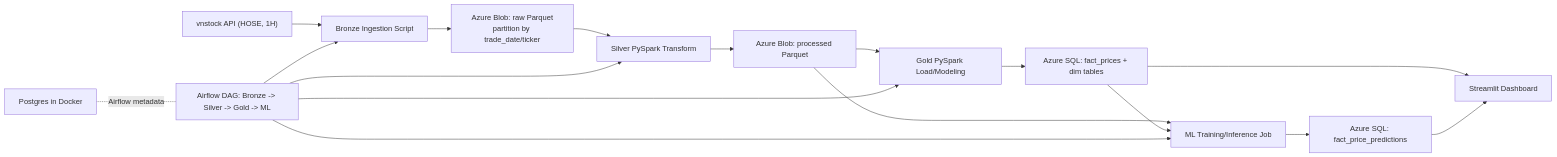
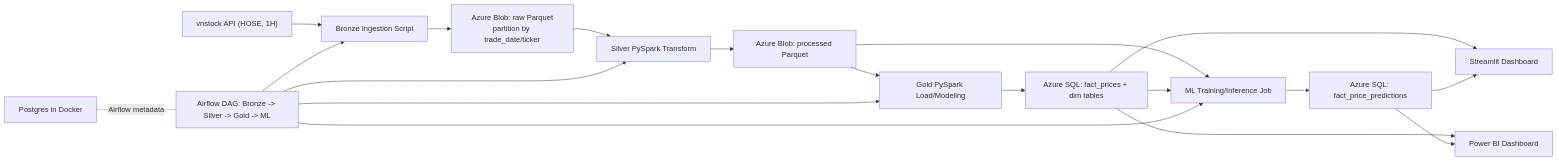
Before and after one commit to Phuccancode/vn30-forecasting-pipeline: the diagram in README.md, drawn with Mermaid. The commit also changed other lines of this file and 9 other files, not shown here.

First line of the commit message:
feat: Enhance VN30 pipeline with SQL schema and gold loading process

````diff
--- a/README.md
+++ b/README.md
@@ -27,25 +28,27 @@
 ```mermaid
 flowchart LR
 A["vnstock API (HOSE, 1H)"] --> B["Bronze Ingestion Script"]
 B --> C["Azure Blob: raw Parquet\npartition by trade_date/ticker"]
 
 C --> D["Silver PySpark Transform"]
 D --> E["Azure Blob: processed Parquet"]
 
 E --> F["Gold PySpark Load/Modeling"]
 F --> G["Azure SQL: fact_prices + dim tables"]
 
 E --> H["ML Training/Inference Job"]
 G --> H
 H --> I["Azure SQL: fact_price_predictions"]
 
 J["Airflow DAG: Bronze -> Silver -> Gold -> ML"] --> B
 J --> D
 J --> F
 J --> H
 
 K["Postgres in Docker"] -. "Airflow metadata" .- J
 
 G --> L["Streamlit Dashboard"]
 I --> L
+G --> M["Power BI Dashboard"]
+I --> M
 ```
````
